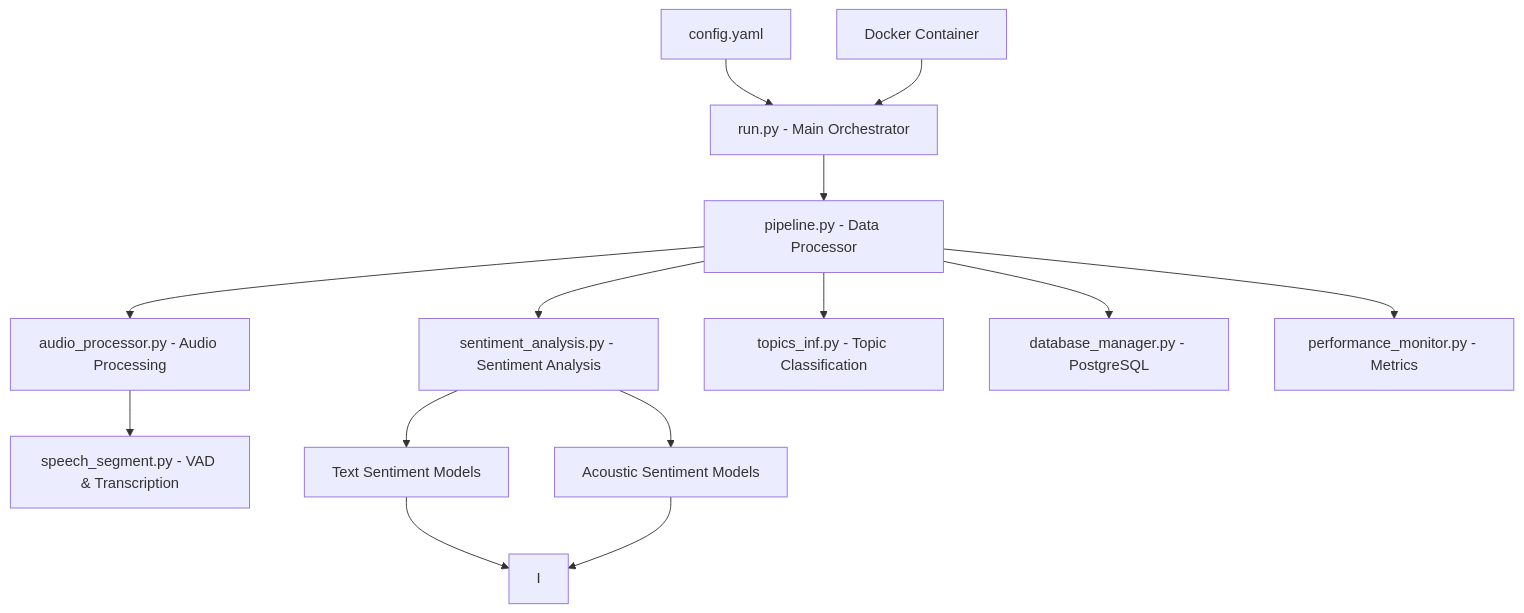
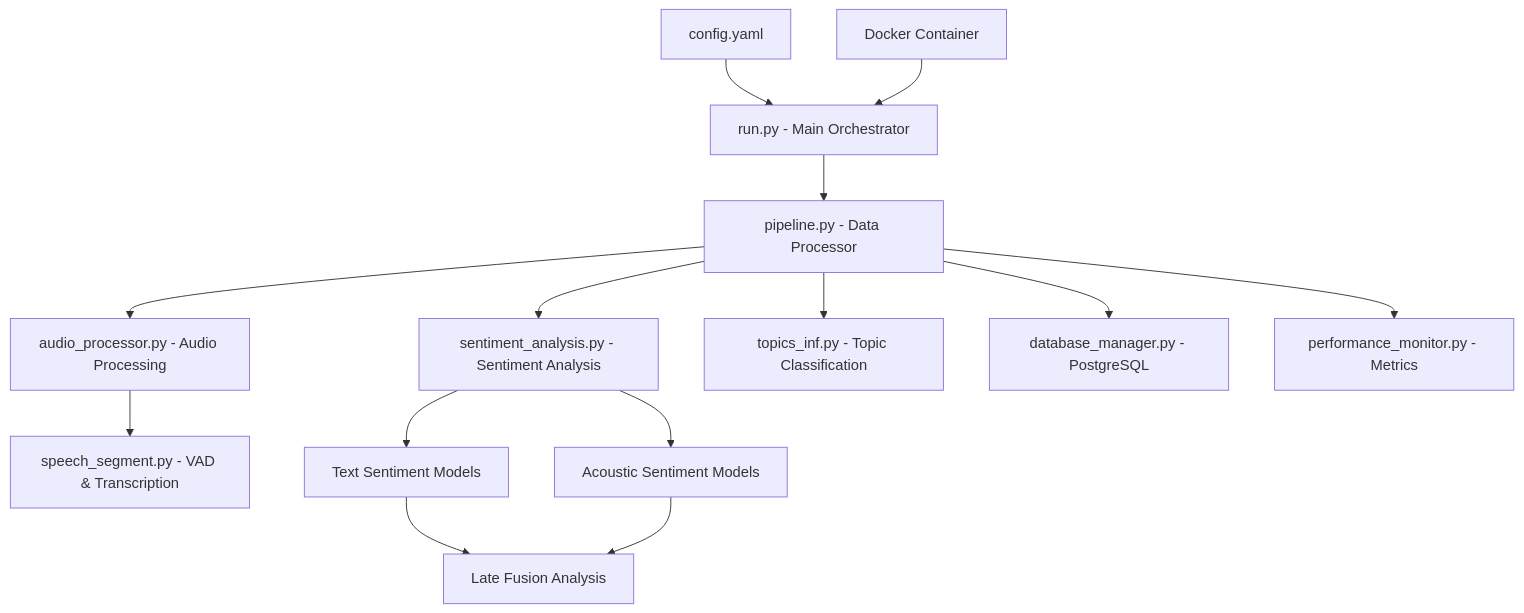
One commit to jaratM/audio_processor changed the diagram in README.md. Above: the diagram before and after it, drawn with Mermaid.

Commit message:
update schema design

````diff
--- a/README.md
+++ b/README.md
@@ -21,16 +21,16 @@
 ```mermaid
 graph TB
     A[run.py - Main Orchestrator] --> B[pipeline.py - Data Processor]
     B --> C[audio_processor.py - Audio Processing]
     B --> D[sentiment_analysis.py - Sentiment Analysis]
     B --> E[topics_inf.py - Topic Classification]
     C --> F[speech_segment.py - VAD & Transcription]
     D --> G[Text Sentiment Models]
     D --> H[Acoustic Sentiment Models]
-    G --> I
+    G --> I[Late Fusion Analysis]
     H --> I
     B --> J[database_manager.py - PostgreSQL]
     B --> K[performance_monitor.py - Metrics]
     L[config.yaml] --> A
     M[Docker Container] --> A
 ```
````
